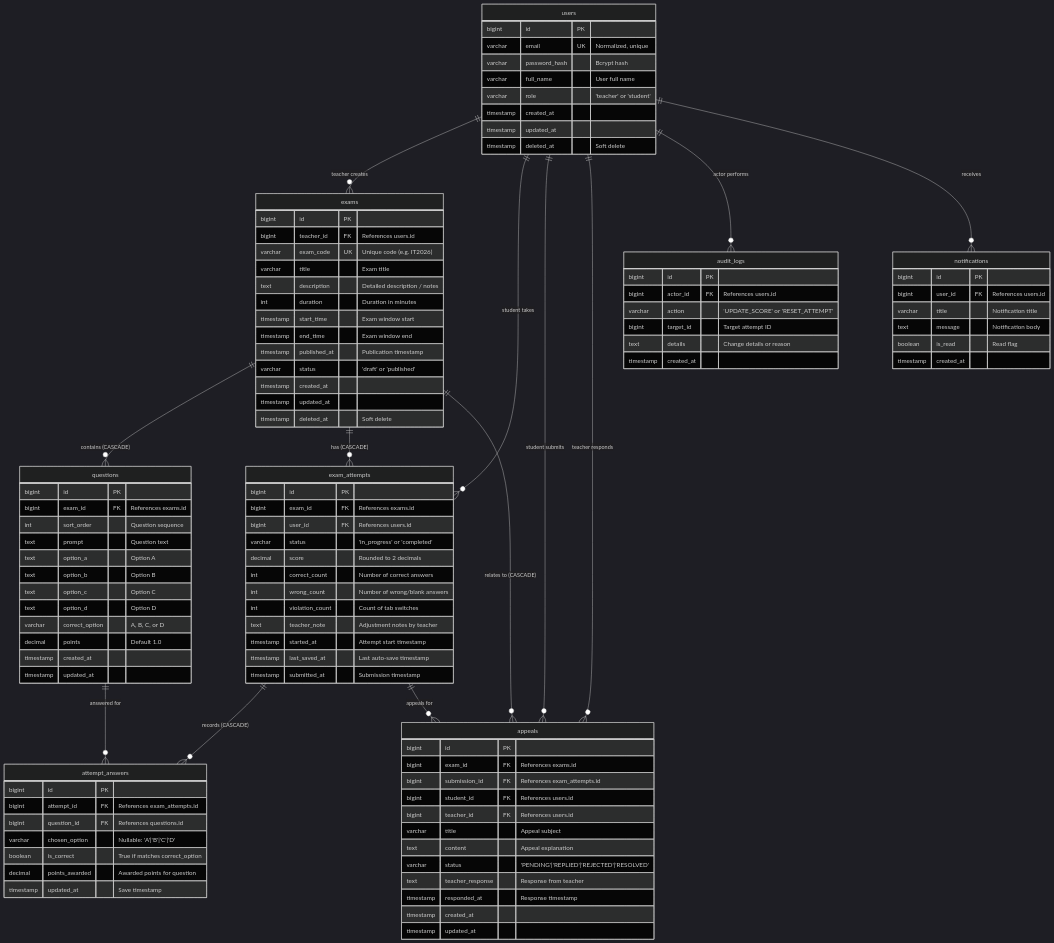
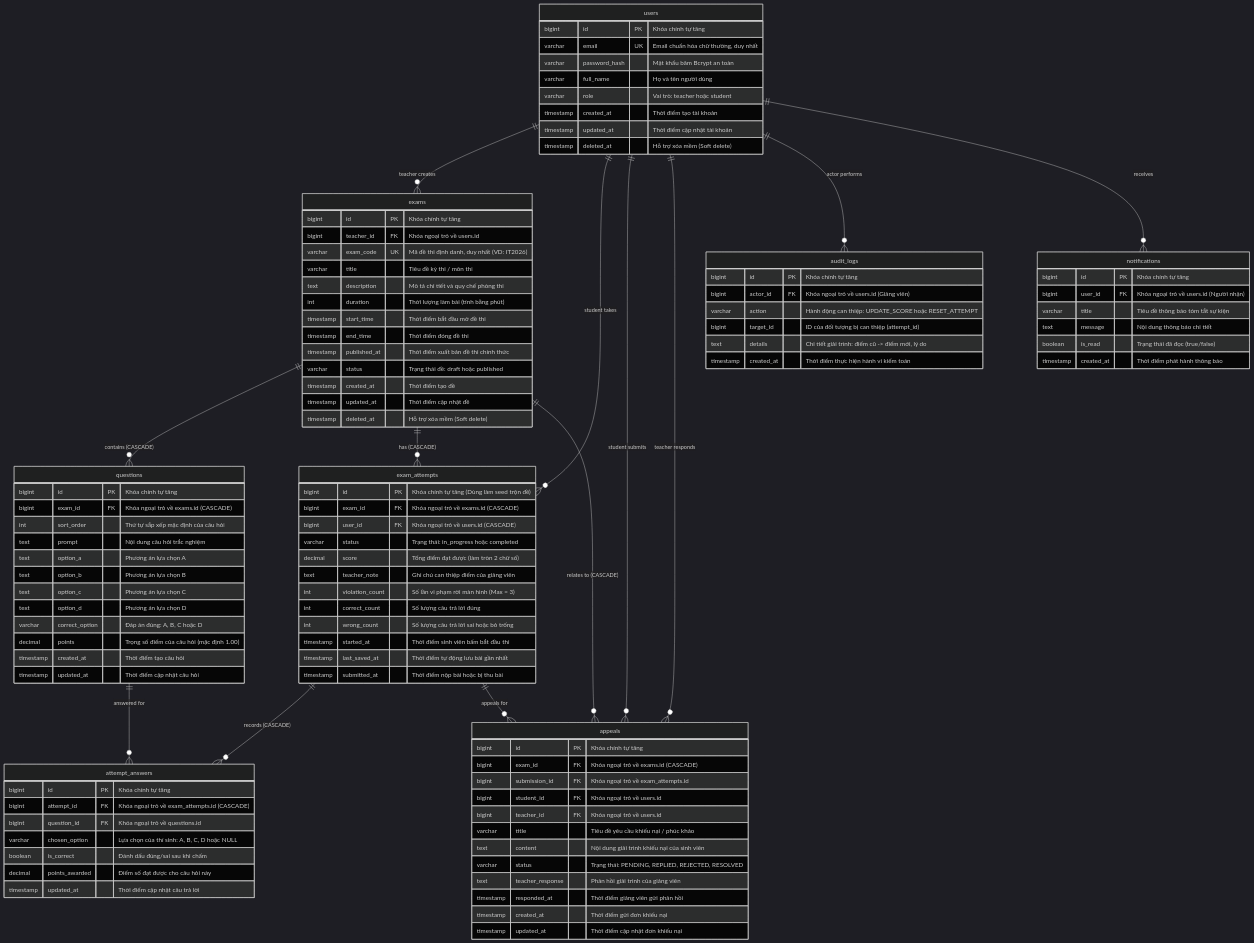
The first of 8 diagrams in ARCHITECTURE_AND_REPORT.md (NguenDung/exam-system-mvp), drawn with Mermaid (dark theme) before and after one commit. The commit also changed other lines of this file and 1 other file, not shown here.

Commit message:
docs(v2): add full use case specifications, sequence diagrams, and flowcharts

````diff
--- a/ARCHITECTURE_AND_REPORT.md
+++ b/ARCHITECTURE_AND_REPORT.md
@@ -83,102 +93,102 @@
     questions ||--o{ attempt_answers : "answered for"
 
     users {
-        bigint id PK
-        varchar email UK "Normalized, unique"
-        varchar password_hash "Bcrypt hash"
-        varchar full_name "User full name"
-        varchar role "'teacher' or 'student'"
-        timestamp created_at
-        timestamp updated_at
-        timestamp deleted_at "Soft delete"
+        bigint id PK "Khóa chính tự tăng"
+        varchar email UK "Email chuẩn hóa chữ thường, duy nhất"
+        varchar password_hash "Mật khẩu băm Bcrypt an toàn"
+        varchar full_name "Họ và tên người dùng"
+        varchar role "Vai trò: teacher hoặc student"
+        timestamp created_at "Thời điểm tạo tài khoản"
+        timestamp updated_at "Thời điểm cập nhật tài khoản"
+        timestamp deleted_at "Hỗ trợ xóa mềm (Soft delete)"
     }
 
     exams {
-        bigint id PK
-        bigint teacher_id FK "References users.id"
-        varchar exam_code UK "Unique code (e.g. IT2026)"
-        varchar title "Exam title"
-        text description "Detailed description / notes"
-        int duration "Duration in minutes"
-        timestamp start_time "Exam window start"
-        timestamp end_time "Exam window end"
-        timestamp published_at "Publication timestamp"
-        varchar status "'draft' or 'published'"
-        timestamp created_at
-        timestamp updated_at
-        timestamp deleted_at "Soft delete"
+        bigint id PK "Khóa chính tự tăng"
+        bigint teacher_id FK "Khóa ngoại trỏ về users.id"
+        varchar exam_code UK "Mã đề thi định danh, duy nhất (VD: IT2026)"
+        varchar title "Tiêu đề kỳ thi / môn thi"
+        text description "Mô tả chi tiết và quy chế phòng thi"
+        int duration "Thời lượng làm bài (tính bằng phút)"
+        timestamp start_time "Thời điểm bắt đầu mở đề thi"
+        timestamp end_time "Thời điểm đóng đề thi"
+        timestamp published_at "Thời điểm xuất bản đề thi chính thức"
+        varchar status "Trạng thái đề: draft hoặc published"
+        timestamp created_at "Thời điểm tạo đề"
+        timestamp updated_at "Thời điểm cập nhật đề"
+        timestamp deleted_at "Hỗ trợ xóa mềm (Soft delete)"
     }
 
     questions {
-        bigint id PK
-        bigint exam_id FK "References exams.id"
-        int sort_order "Question sequence"
-        text prompt "Question text"
-        text option_a "Option A"
-        text option_b "Option B"
-        text option_c "Option C"
-        text option_d "Option D"
-        varchar correct_option "A, B, C, or D"
-        decimal points "Default 1.0"
-        timestamp created_at
-        timestamp updated_at
+        bigint id PK "Khóa chính tự tăng"
+        bigint exam_id FK "Khóa ngoại trỏ về exams.id (CASCADE)"
+        int sort_order "Thứ tự sắp xếp mặc định của câu hỏi"
+        text prompt "Nội dung câu hỏi trắc nghiệm"
+        text option_a "Phương án lựa chọn A"
+        text option_b "Phương án lựa chọn B"
+        text option_c "Phương án lựa chọn C"
+        text option_d "Phương án lựa chọn D"
+        varchar correct_option "Đáp án đúng: A, B, C hoặc D"
+        decimal points "Trọng số điểm của câu hỏi (mặc định 1.00)"
+        timestamp created_at "Thời điểm tạo câu hỏi"
+        timestamp updated_at "Thời điểm cập nhật câu hỏi"
     }
 
     exam_attempts {
-        bigint id PK
-        bigint exam_id FK "References exams.id"
-        bigint user_id FK "References users.id"
-        varchar status "'in_progress' or 'completed'"
-        decimal score "Rounded to 2 decimals"
-        int correct_count "Number of correct answers"
-        int wrong_count "Number of wrong/blank answers"
-        int violation_count "Count of tab switches"
-        text teacher_note "Adjustment notes by teacher"
-        timestamp started_at "Attempt start timestamp"
-        timestamp last_saved_at "Last auto-save timestamp"
-        timestamp submitted_at "Submission timestamp"
+        bigint id PK "Khóa chính tự tăng (Dùng làm seed trộn đề)"
+        bigint exam_id FK "Khóa ngoại trỏ về exams.id (CASCADE)"
+        bigint user_id FK "Khóa ngoại trỏ về users.id (CASCADE)"
+        varchar status "Trạng thái: in_progress hoặc completed"
+        decimal score "Tổng điểm đạt được (làm tròn 2 chữ số)"
+        text teacher_note "Ghi chú can thiệp điểm của giảng viên"
+        int violation_count "Số lần vi phạm rời màn hình (Max = 3)"
+        int correct_count "Số lượng câu trả lời đúng"
+        int wrong_count "Số lượng câu trả lời sai hoặc bỏ trống"
+        timestamp started_at "Thời điểm sinh viên bấm bắt đầu thi"
+        timestamp last_saved_at "Thời điểm tự động lưu bài gần nhất"
+        timestamp submitted_at "Thời điểm nộp bài hoặc bị thu bài"
     }
 
     attempt_answers {
-        bigint id PK
-        bigint attempt_id FK "References exam_attempts.id"
-        bigint question_id FK "References questions.id"
-        varchar chosen_option "Nullable: 'A'|'B'|'C'|'D'"
-        boolean is_correct "True if matches correct_option"
-        decimal points_awarded "Awarded points for question"
-        timestamp updated_at "Save timestamp"
+        bigint id PK "Khóa chính tự tăng"
+        bigint attempt_id FK "Khóa ngoại trỏ về exam_attempts.id (CASCADE)"
+        bigint question_id FK "Khóa ngoại trỏ về questions.id"
+        varchar chosen_option "Lựa chọn của thí sinh: A, B, C, D hoặc NULL"
+        boolean is_correct "Đánh dấu đúng/sai sau khi chấm"
+        decimal points_awarded "Điểm số đạt được cho câu hỏi này"
+        timestamp updated_at "Thời điểm cập nhật câu trả lời"
     }
 
     appeals {
-        bigint id PK
-        bigint exam_id FK "References exams.id"
-        bigint submission_id FK "References exam_attempts.id"
-        bigint student_id FK "References users.id"
-        bigint teacher_id FK "References users.id"
-        varchar title "Appeal subject"
-        text content "Appeal explanation"
-        varchar status "'PENDING'|'REPLIED'|'REJECTED'|'RESOLVED'"
-        text teacher_response "Response from teacher"
-        timestamp responded_at "Response timestamp"
-        timestamp created_at
-        timestamp updated_at
+        bigint id PK "Khóa chính tự tăng"
+        bigint exam_id FK "Khóa ngoại trỏ về exams.id (CASCADE)"
+        bigint submission_id FK "Khóa ngoại trỏ về exam_attempts.id"
+        bigint student_id FK "Khóa ngoại trỏ về users.id"
+        bigint teacher_id FK "Khóa ngoại trỏ về users.id"
+        varchar title "Tiêu đề yêu cầu khiếu nại / phúc khảo"
+        text content "Nội dung giải trình khiếu nại của sinh viên"
+        varchar status "Trạng thái: PENDING, REPLIED, REJECTED, RESOLVED"
+        text teacher_response "Phản hồi giải trình của giảng viên"
+        timestamp responded_at "Thời điểm giảng viên gửi phản hồi"
+        timestamp created_at "Thời điểm gửi đơn khiếu nại"
+        timestamp updated_at "Thời điểm cập nhật đơn khiếu nại"
     }
 
     audit_logs {
-        bigint id PK
-        bigint actor_id FK "References users.id"
-        varchar action "'UPDATE_SCORE' or 'RESET_ATTEMPT'"
-        bigint target_id "Target attempt ID"
-        text details "Change details or reason"
-        timestamp created_at
+        bigint id PK "Khóa chính tự tăng"
+        bigint actor_id FK "Khóa ngoại trỏ về users.id (Giảng viên)"
+        varchar action "Hành động can thiệp: UPDATE_SCORE hoặc RESET_ATTEMPT"
+        bigint target_id "ID của đối tượng bị can thiệp (attempt_id)"
+        text details "Chi tiết giải trình: điểm cũ -> điểm mới, lý do"
+        timestamp created_at "Thời điểm thực hiện hành vi kiểm toán"
     }
 
     notifications {
-        bigint id PK
-        bigint user_id FK "References users.id"
-        varchar title "Notification title"
-        text message "Notification body"
-        boolean is_read "Read flag"
-        timestamp created_at
+        bigint id PK "Khóa chính tự tăng"
+        bigint user_id FK "Khóa ngoại trỏ về users.id (Người nhận)"
+        varchar title "Tiêu đề thông báo tóm tắt sự kiện"
+        text message "Nội dung thông báo chi tiết"
+        boolean is_read "Trạng thái đã đọc (true/false)"
+        timestamp created_at "Thời điểm phát hành thông báo"
     }
 ```
````
